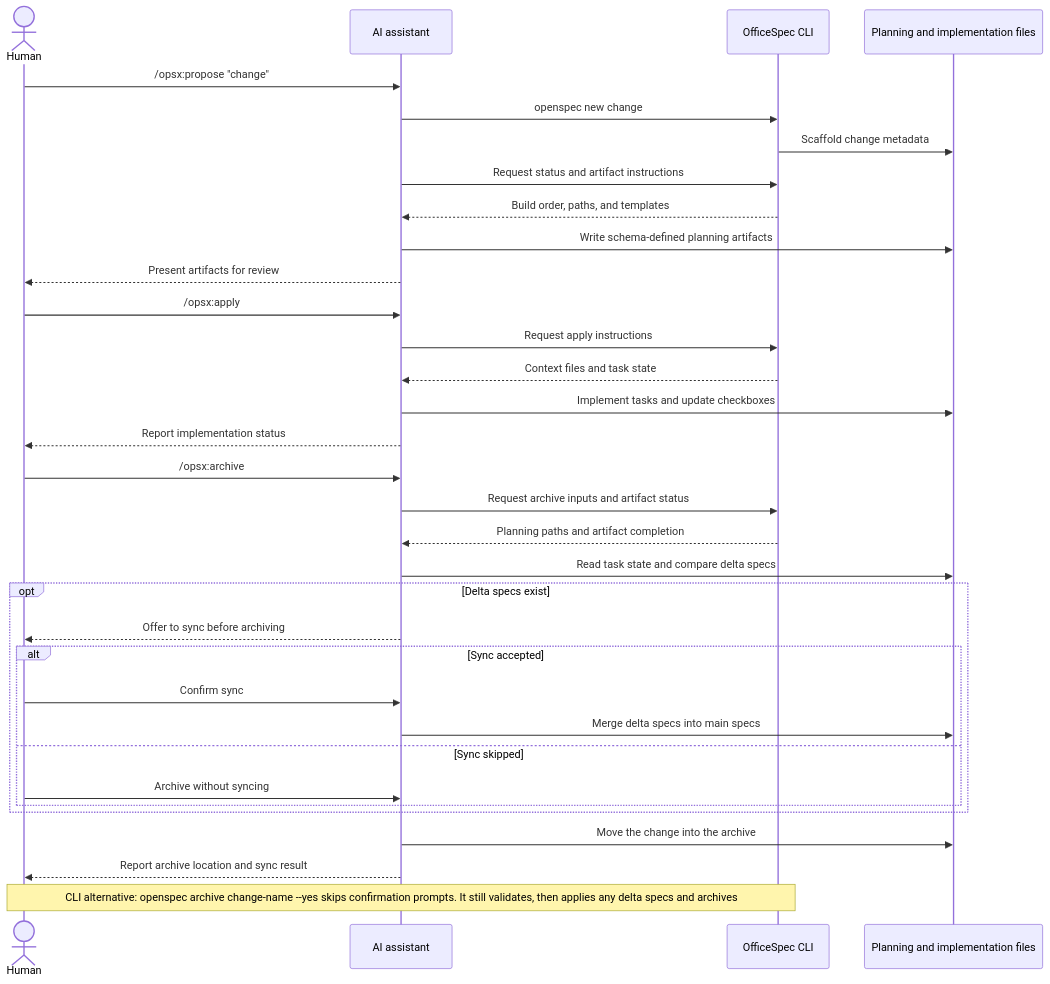
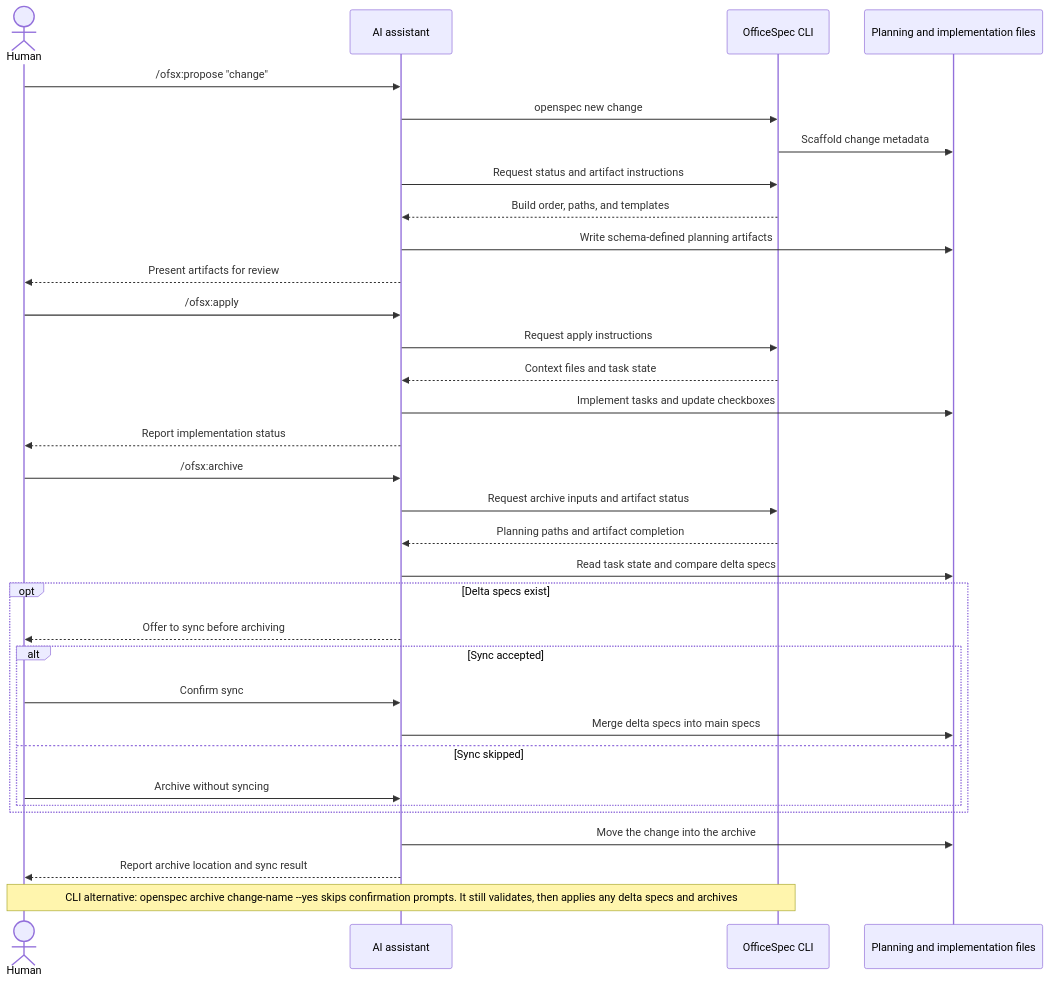
Before and after one commit to joelsebbu/cursor-projects: the second of 2 diagrams in docs/workflows.md, drawn with Mermaid. The commit also changed other lines of this file and 126 other files, not shown here.

First line of the commit message:
Rename commands opsx -> ofsx and workflow skills openspec-* -> officespec-*

````diff
--- a/docs/workflows.md
+++ b/docs/workflows.md
@@ -60,39 +60,39 @@
 ```mermaid
 sequenceDiagram
     actor Human
     participant Assistant as AI assistant
     participant CLI as OfficeSpec CLI
     participant Files as Planning and implementation files
 
-    Human->>Assistant: /opsx:propose "change"
+    Human->>Assistant: /ofsx:propose "change"
     Assistant->>CLI: openspec new change
     CLI->>Files: Scaffold change metadata
     Assistant->>CLI: Request status and artifact instructions
     CLI-->>Assistant: Build order, paths, and templates
     Assistant->>Files: Write schema-defined planning artifacts
     Assistant-->>Human: Present artifacts for review
 
-    Human->>Assistant: /opsx:apply
+    Human->>Assistant: /ofsx:apply
     Assistant->>CLI: Request apply instructions
     CLI-->>Assistant: Context files and task state
     Assistant->>Files: Implement tasks and update checkboxes
     Assistant-->>Human: Report implementation status
 
-    Human->>Assistant: /opsx:archive
+    Human->>Assistant: /ofsx:archive
     Assistant->>CLI: Request archive inputs and artifact status
     CLI-->>Assistant: Planning paths and artifact completion
     Assistant->>Files: Read task state and compare delta specs
     opt Delta specs exist
         Assistant-->>Human: Offer to sync before archiving
         alt Sync accepted
             Human->>Assistant: Confirm sync
             Assistant->>Files: Merge delta specs into main specs
         else Sync skipped
             Human->>Assistant: Archive without syncing
         end
     end
     Assistant->>Files: Move the change into the archive
     Assistant-->>Human: Report archive location and sync result
 
     Note over Human,CLI: CLI alternative: openspec archive change-name --yes skips confirmation prompts. It still validates, then applies any delta specs and archives
 ```
````
